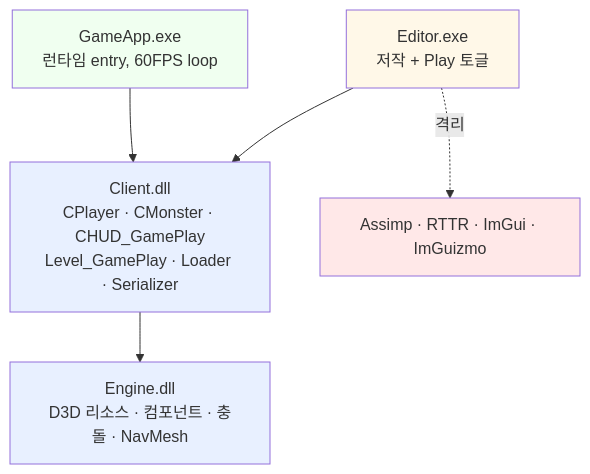
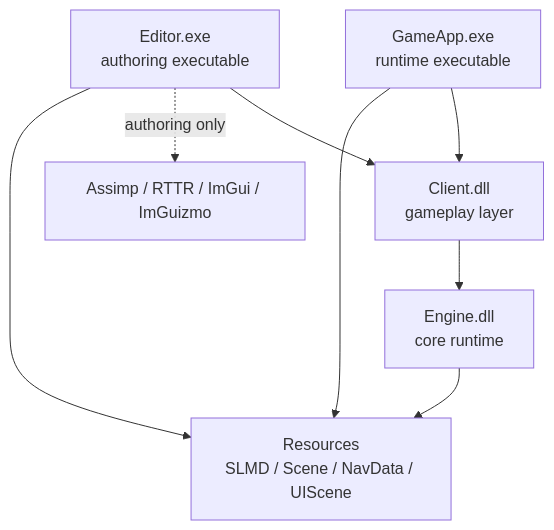
The diagram in README.md (ddoichaboom/Solo_Leveling), drawn with Mermaid before and after one commit. The commit also changed other lines of this file, not shown here.

````diff
--- a/README.md
+++ b/README.md
@@ -147,19 +39,18 @@
 ```mermaid
 graph TD
-    G[GameApp.exe<br/>런타임 entry, 60FPS loop]
-    ED[Editor.exe<br/>저작 + Play 토글]
-    C[Client.dll<br/>CPlayer · CMonster · CHUD_GamePlay<br/>Level_GamePlay · Loader · Serializer]
-    E[Engine.dll<br/>D3D 리소스 · 컴포넌트 · 충돌 · NavMesh]
-    LIBS[Assimp · RTTR · ImGui · ImGuizmo]
+    GameApp[GameApp.exe<br/>runtime executable]
+    Editor[Editor.exe<br/>authoring executable]
+    Client[Client.dll<br/>gameplay layer]
+    Engine[Engine.dll<br/>core runtime]
+    Tools[Assimp / RTTR / ImGui / ImGuizmo]
+    Data[Resources<br/>SLMD / Scene / NavData / UIScene]
 
-    G --> C
-    ED --> C
-    C --> E
-    ED -.격리.-> LIBS
+    GameApp --> Client
+    Editor --> Client
+    Client --> Engine
 
-    style E fill:#e8f0ff
-    style C fill:#e8f0ff
-    style G fill:#f0fff0
-    style ED fill:#fff8e8
-    style LIBS fill:#ffe8e8
+    Editor -. authoring only .-> Tools
+    Editor --> Data
+    GameApp --> Data
+    Engine --> Data
 ```
````
